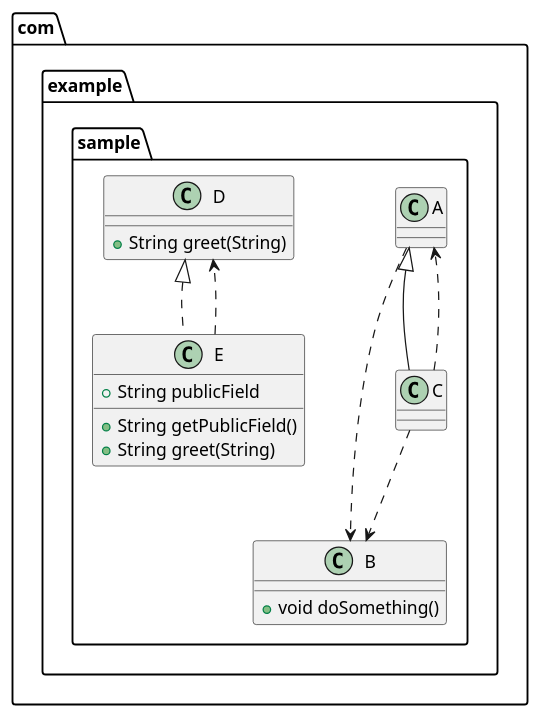
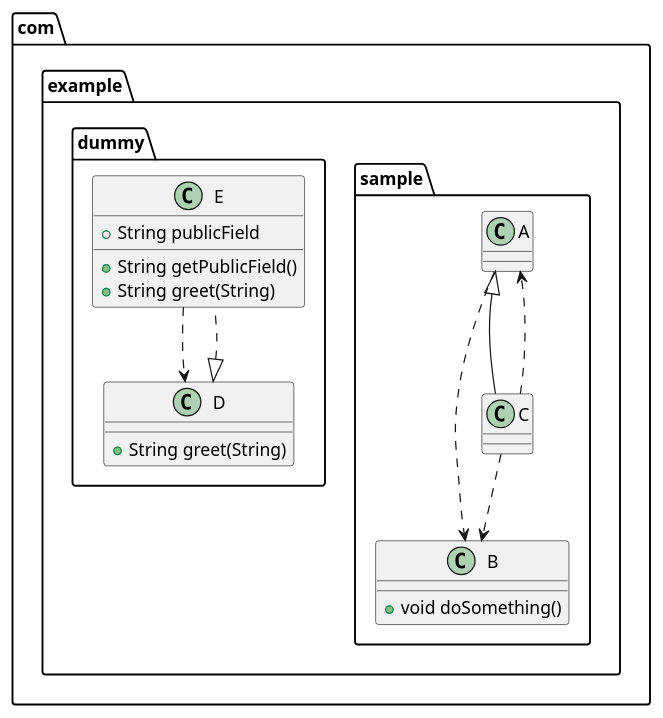
Before and after one commit to euledge/code-atlas: the diagram in sample-project/docs/diagrams/class-diagram.puml, drawn with PlantUML. The commit also changed 4 other files, not shown here.

```diff
--- a/sample-project/docs/diagrams/class-diagram.puml
+++ b/sample-project/docs/diagrams/class-diagram.puml
@@ -1,23 +1,23 @@
 @startuml
 class com.example.sample.B {
     + void doSomething()
 }
 class com.example.sample.A {
 }
 com.example.sample.A ..> com.example.sample.B
-class com.example.sample.D {
+class com.example.dummy.E {
+    + String publicField
+    + String getPublicField()
+    + String greet(String)
+}
+com.example.dummy.D <|.. com.example.dummy.E
+com.example.dummy.E ..> com.example.dummy.D
+class com.example.dummy.D {
     + String greet(String)
 }
 class com.example.sample.C {
 }
 com.example.sample.A <|-- com.example.sample.C
 com.example.sample.C ..> com.example.sample.B
 com.example.sample.C ..> com.example.sample.A
-class com.example.sample.E {
-    + String publicField
-    + String getPublicField()
-    + String greet(String)
-}
-com.example.sample.D <|.. com.example.sample.E
-com.example.sample.E ..> com.example.sample.D
 @enduml
```
